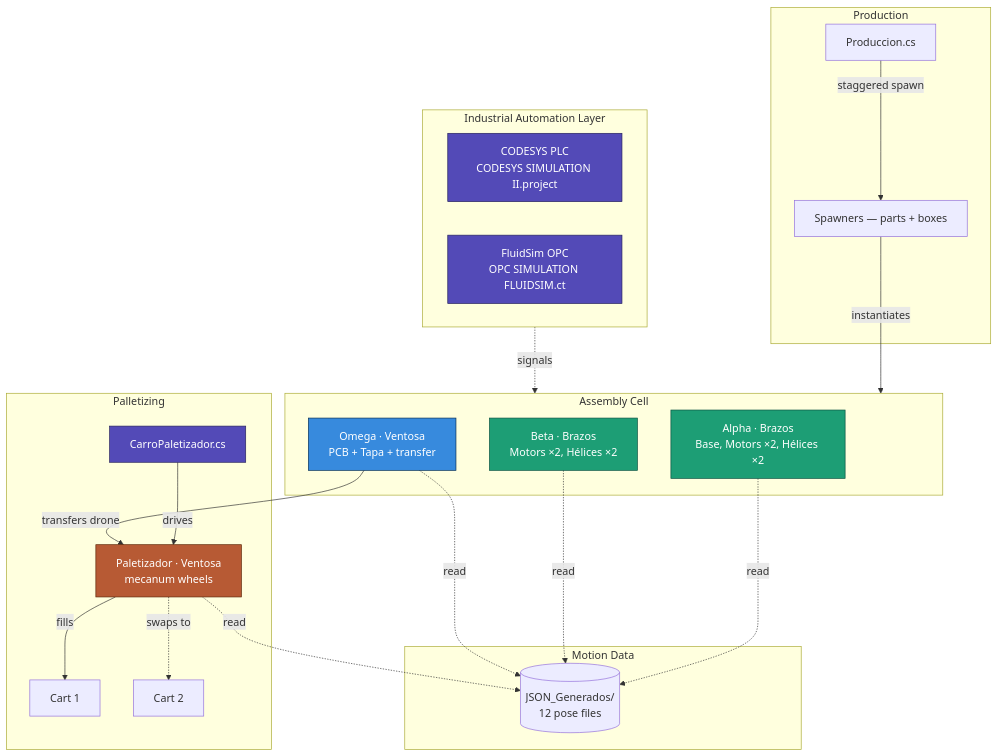
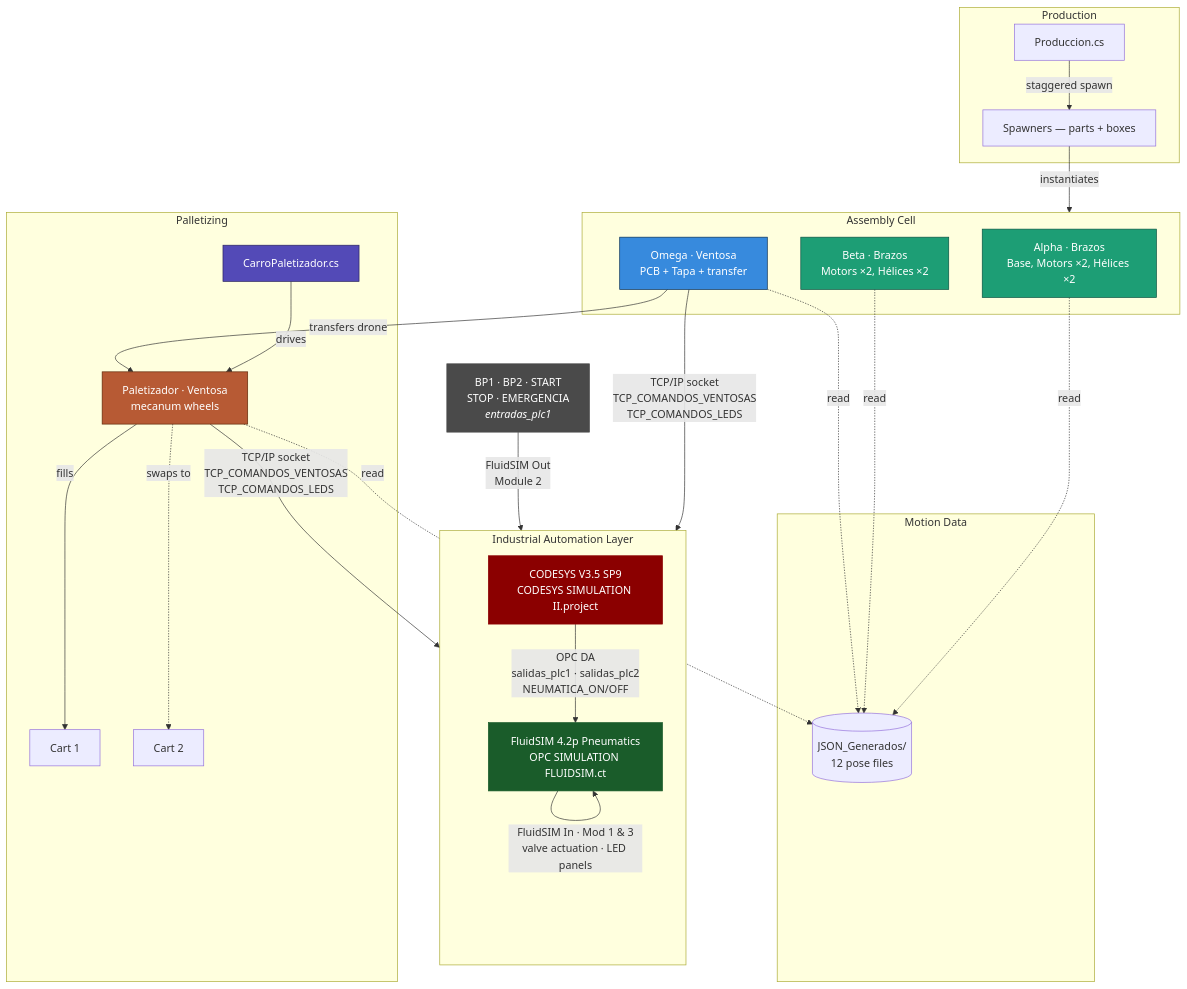
Before and after one commit to jorgefajardom-coder/drone-packaging-simulation-unity: the fourth of 12 diagrams in README.md, drawn with Mermaid. The commit also changed other lines of this file, not shown here.

First line of the commit message:
docs: agregar sección CODESYS/FluidSIM con diagramas de interconexión y mapeo I/O

````diff
--- a/README.md
+++ b/README.md
@@ -107,41 +316,47 @@
 ```mermaid
 graph TB
     subgraph EXT["Industrial Automation Layer"]
-        direction LR
-        PLC[CODESYS PLC<br/>CODESYS SIMULATION II.project]
-        OPC[FluidSim OPC<br/>OPC SIMULATION FLUIDSIM.ct]
+        direction TB
+        PLC["CODESYS V3.5 SP9<br/>CODESYS SIMULATION II.project"]
+        OPC["FluidSIM 4.2p Pneumatics<br/>OPC SIMULATION FLUIDSIM.ct"]
+        PLC -->|"OPC DA<br/>salidas_plc1 · salidas_plc2<br/>NEUMATICA_ON/OFF"| OPC
     end
 
     subgraph PROD["Production"]
         P[Produccion.cs] -->|staggered spawn| SP[Spawners — parts + boxes]
     end
 
     subgraph JSON["Motion Data"]
         JF[(JSON_Generados/<br/>12 pose files)]
     end
 
     subgraph ASSEMBLY["Assembly Cell"]
         B1[Alpha · Brazos<br/>Base, Motors ×2, Hélices ×2]
         B2[Beta · Brazos<br/>Motors ×2, Hélices ×2]
         B3[Omega · Ventosa<br/>PCB + Tapa + transfer]
     end
 
     subgraph PALLET["Palletizing"]
         CARRO[CarroPaletizador.cs] -->|drives| B4[Paletizador · Ventosa<br/>mecanum wheels]
         B4 -->|fills| C1[Cart 1]
         B4 -.->|swaps to| C2[Cart 2]
     end
 
+    HW["BP1 · BP2 · START<br/>STOP · EMERGENCIA<br/><i>entradas_plc1</i>"]
+
     SP -->|instantiates| ASSEMBLY
     B1 & B2 & B3 & B4 -. read .-> JF
     B3 -->|transfers drone| B4
-    EXT -.->|signals| ASSEMBLY
+    B3 & B4 -->|"TCP/IP socket<br/>TCP_COMANDOS_VENTOSAS<br/>TCP_COMANDOS_LEDS"| PLC
+    HW -->|"FluidSIM Out<br/>Module 2"| PLC
+    OPC -->|"FluidSIM In · Mod 1 & 3<br/>valve actuation · LED panels"| OPC
 
     style B1 fill:#1D9E75,stroke:#085041,color:#fff
     style B2 fill:#1D9E75,stroke:#085041,color:#fff
     style B3 fill:#378ADD,stroke:#042C53,color:#fff
     style B4 fill:#B75A34,stroke:#5C2506,color:#fff
     style CARRO fill:#534AB7,stroke:#26215C,color:#fff
-    style PLC fill:#534AB7,stroke:#26215C,color:#fff
-    style OPC fill:#534AB7,stroke:#26215C,color:#fff
+    style PLC fill:#8b0000,color:#fff,stroke:#8b0000
+    style OPC fill:#1a5c2a,color:#fff,stroke:#1a5c2a
+    style HW fill:#4a4a4a,color:#fff,stroke:#4a4a4a
 ```
````
